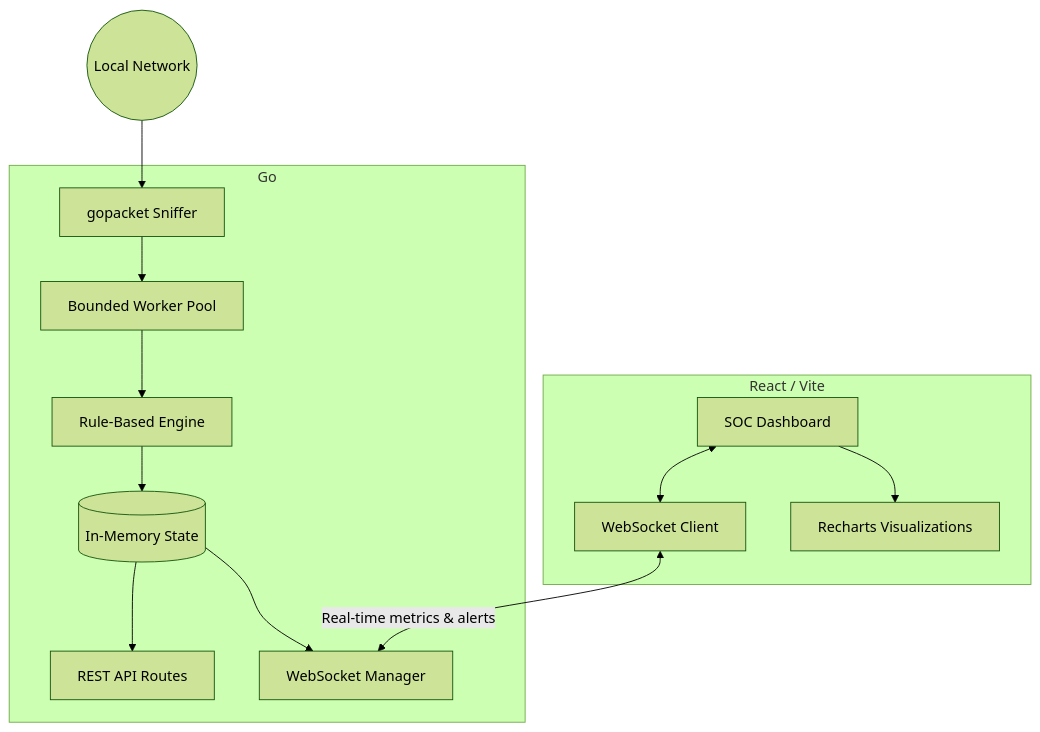
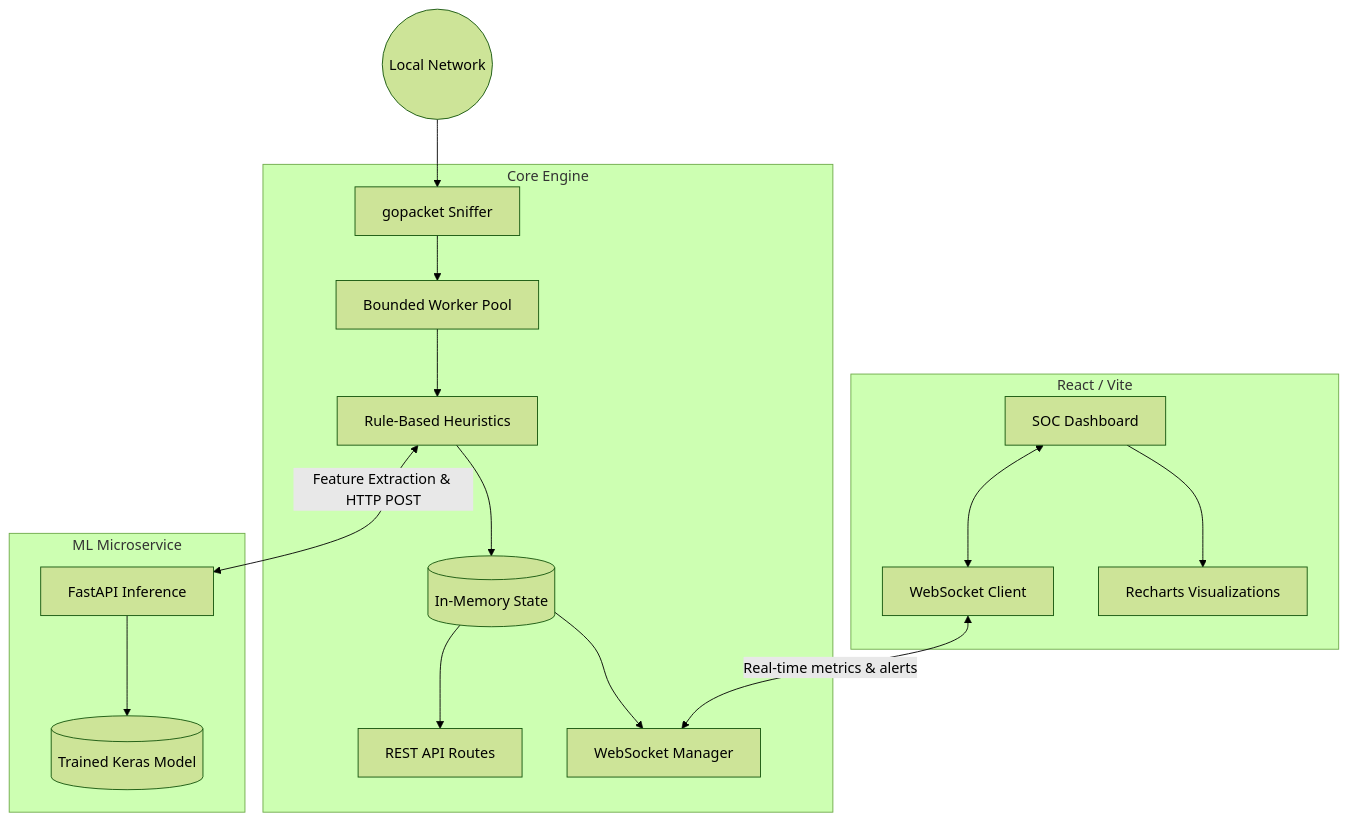
One commit to Achyuthjogi/unstable-IDPS changed the diagram in README.md. Above: the diagram before and after it, drawn with Mermaid (forest theme). The commit also changed other lines of this file and 16 other files, not shown here.

````diff
--- a/README.md
+++ b/README.md
@@ -21,29 +22,37 @@
 ```mermaid
 graph TD
     subgraph Frontend [React / Vite]
         UI[SOC Dashboard]
         WS_Client[WebSocket Client]
         Charts[Recharts Visualizations]
         
         UI --> Charts
         UI <--> WS_Client
     end
 
-    subgraph Backend [Go]
+    subgraph Go Backend [Core Engine]
         API[REST API Routes]
         WS_Server[WebSocket Manager]
         State[(In-Memory State)]
-        Detection[Rule-Based Engine]
+        Detection[Rule-Based Heuristics]
         Capture[gopacket Sniffer]
         WorkerPool[Bounded Worker Pool]
         
         Capture --> WorkerPool
         WorkerPool --> Detection
         Detection --> State
         State --> WS_Server
         State --> API
     end
+    
+    subgraph Python Backend [ML Microservice]
+        ML_API[FastAPI Inference]
+        DNN[(Trained Keras Model)]
+        
+        ML_API --> DNN
+    end
 
+    Detection <-->|Feature Extraction & HTTP POST| ML_API
     WS_Client <-->|Real-time metrics & alerts| WS_Server
     Network((Local Network)) --> Capture
 ```
````
